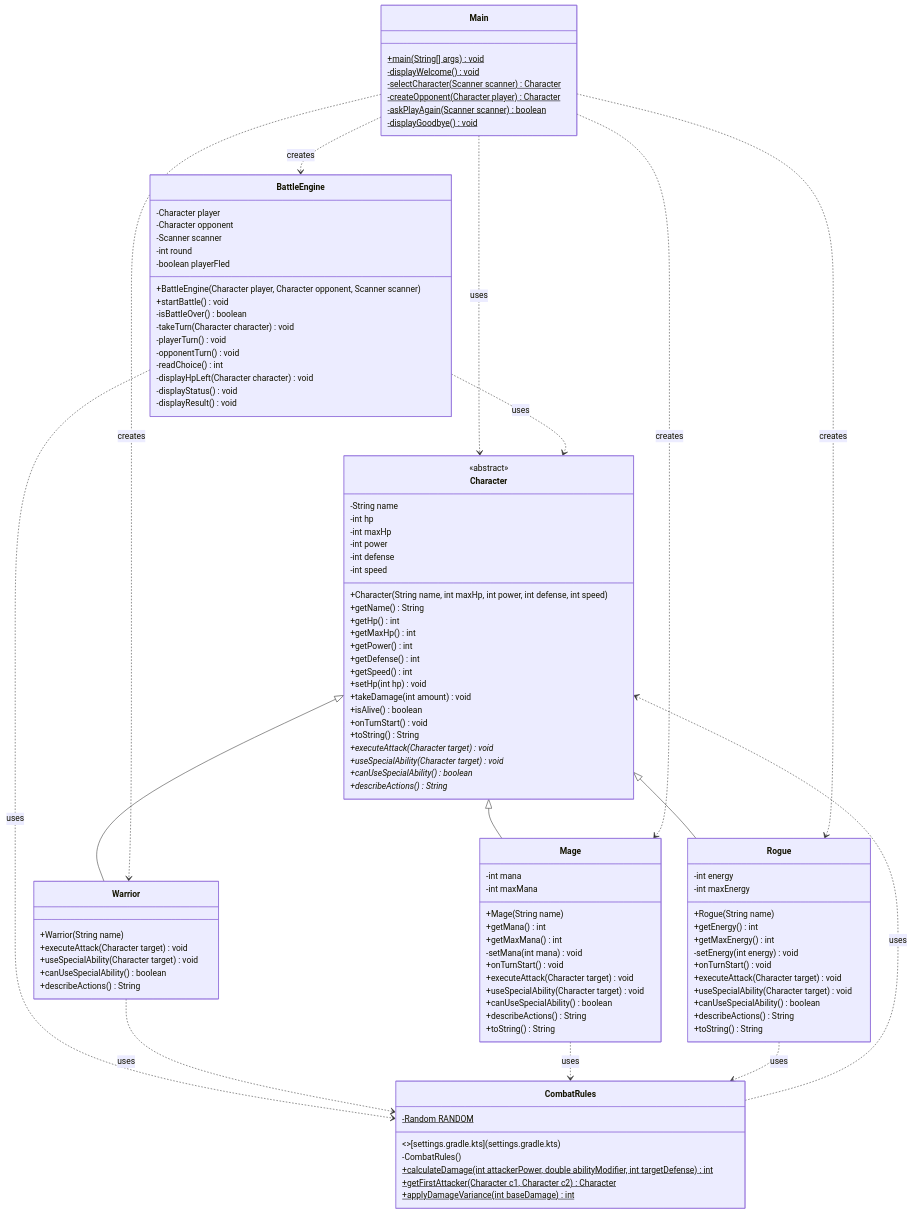
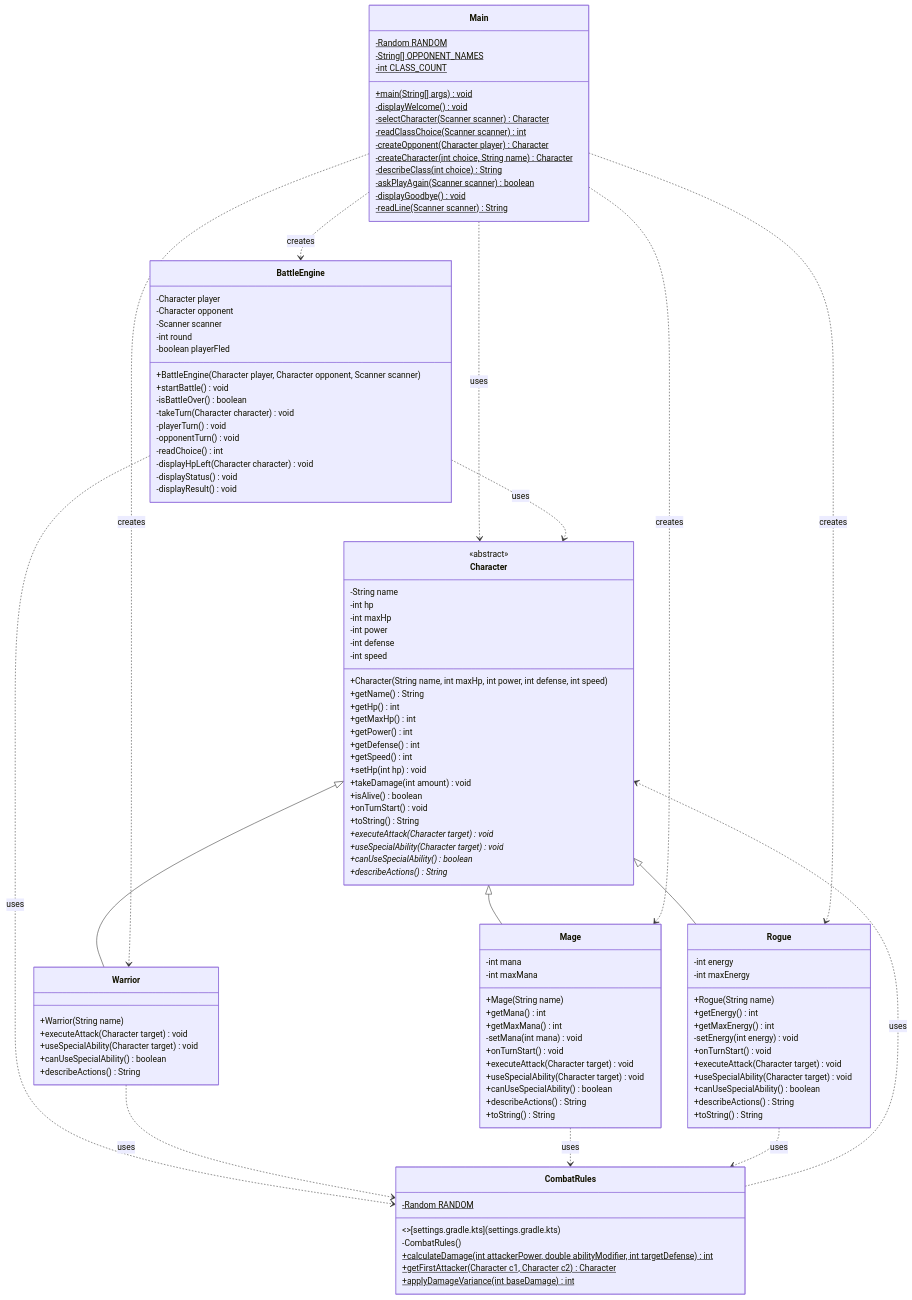
One commit to Bilaljanir/JavaGame changed the diagram in README.md. Above: the diagram before and after it, drawn with Mermaid. The commit also changed 1 other file, not shown here.

Commit message:
feat: add character selection and replayable game flow

```diff
--- a/README.md
+++ b/README.md
@@ -26,12 +26,19 @@
     direction TB
 
     class Main {
+        -Random RANDOM$
+        -String[] OPPONENT_NAMES$
+        -int CLASS_COUNT$
         +main(String[] args)$ void
         -displayWelcome()$ void
         -selectCharacter(Scanner scanner)$ Character
+        -readClassChoice(Scanner scanner)$ int
         -createOpponent(Character player)$ Character
+        -createCharacter(int choice, String name)$ Character
+        -describeClass(int choice)$ String
         -askPlayAgain(Scanner scanner)$ boolean
         -displayGoodbye()$ void
+        -readLine(Scanner scanner)$ String
     }
 
     class BattleEngine {
```
